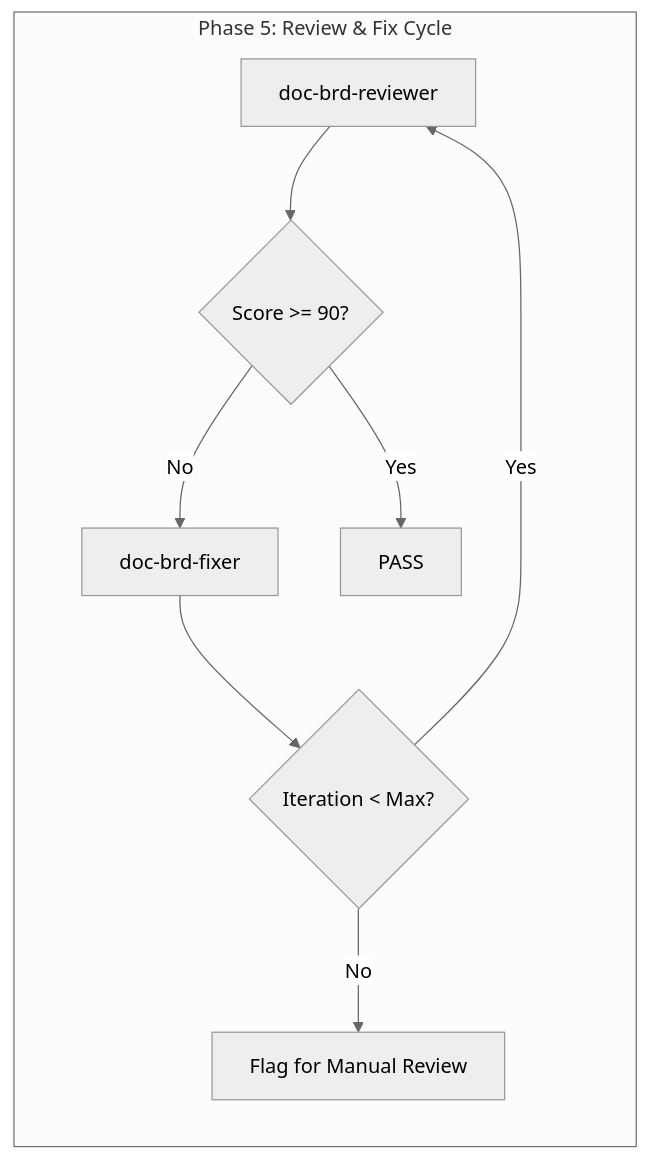
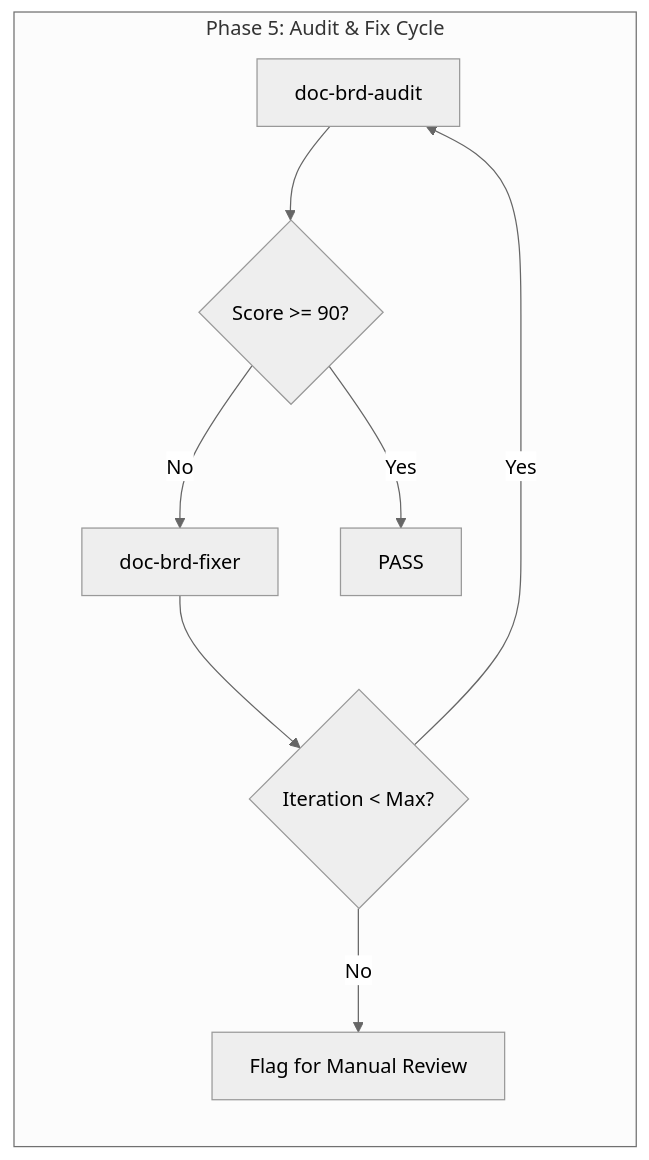
The third of 3 diagrams in .claude/skills/doc-brd-fixer/SKILL.md (vladm3105/aidoc-flow-framework), drawn with Mermaid (neutral theme) before and after one commit. The commit also changed other lines of this file and 139 other files, not shown here.

First line of the commit message:
feat: Add UXSPEC MVP Creation Rules, Schema, and Validation Documentation

````diff
--- a/.claude/skills/doc-brd-fixer/SKILL.md
+++ b/.claude/skills/doc-brd-fixer/SKILL.md
@@ -1151,11 +1158,11 @@
 ```mermaid
 flowchart LR
-    subgraph Phase5["Phase 5: Review & Fix Cycle"]
-        A[doc-brd-reviewer] --> B{Score >= 90?}
+    subgraph Phase5["Phase 5: Audit & Fix Cycle"]
+        A[doc-brd-audit] --> B{Score >= 90?}
         B -->|No| C[doc-brd-fixer]
         C --> D{Iteration < Max?}
         D -->|Yes| A
         D -->|No| E[Flag for Manual Review]
         B -->|Yes| F[PASS]
     end
 ```
````
